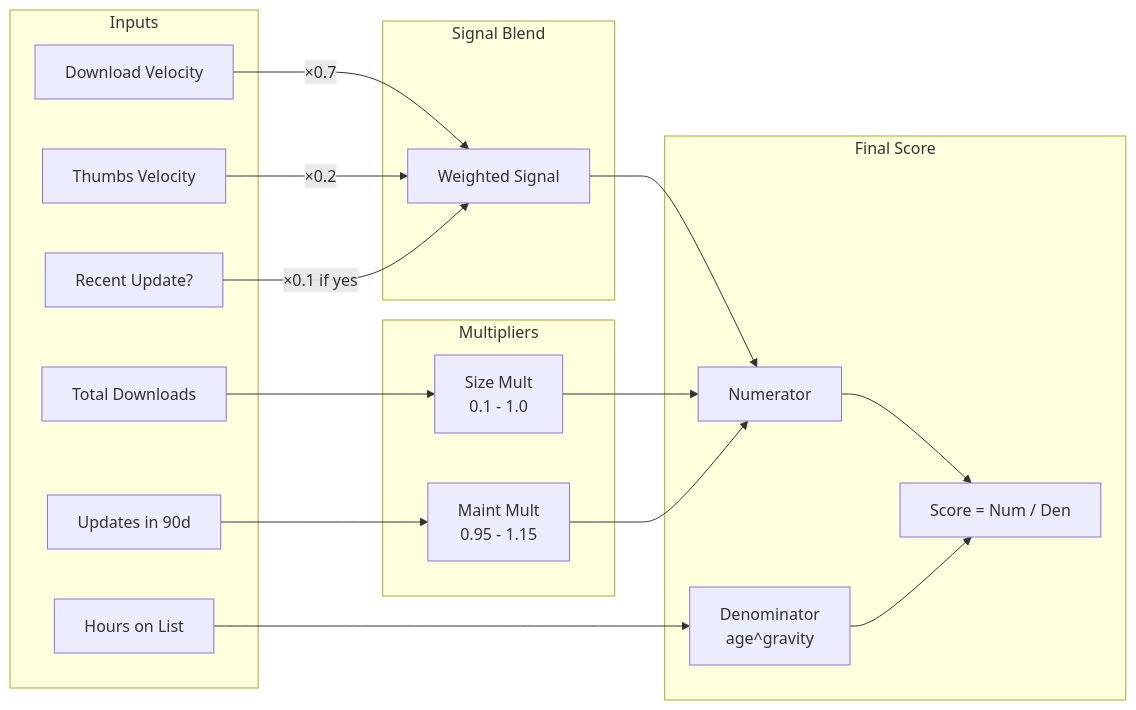
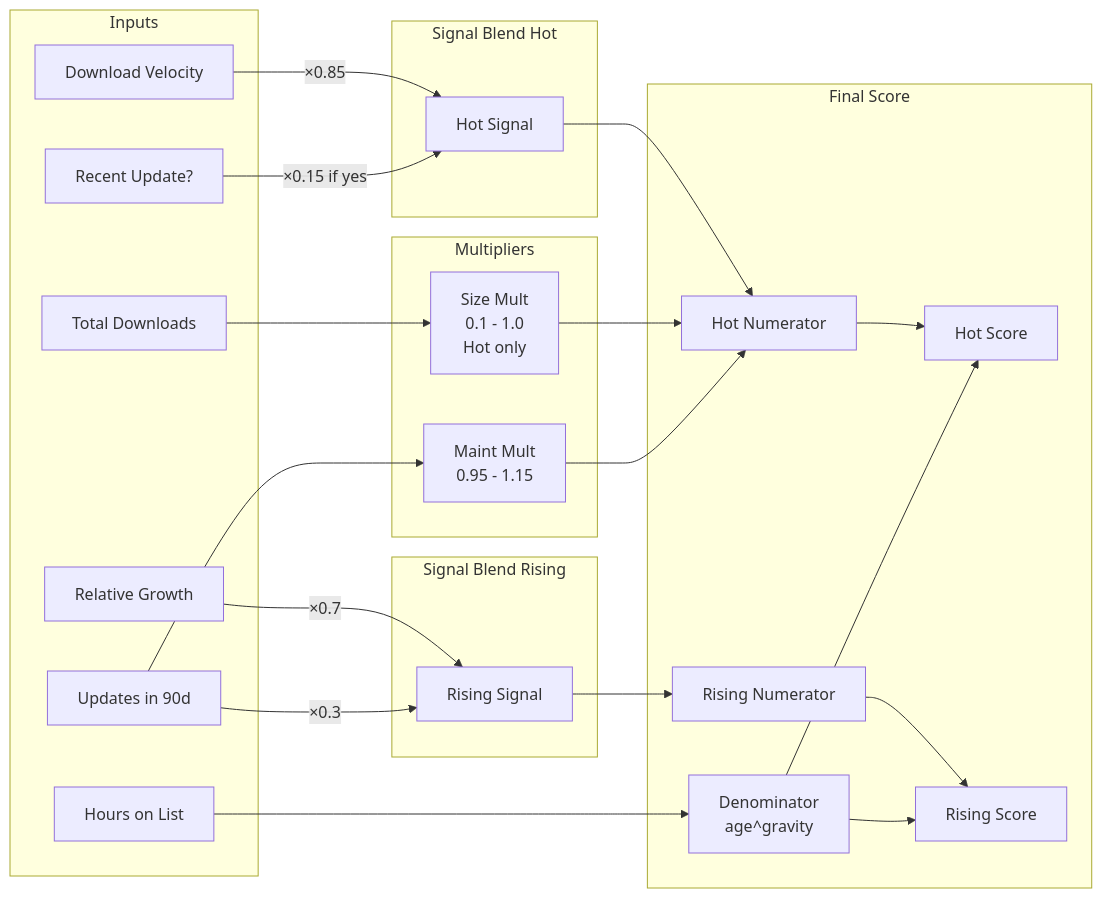
Before and after one commit to Postmodum37/addon-radar: the second of 2 diagrams in docs/ALGORITHM.md, drawn with Mermaid. The commit also changed other lines of this file and 9 other files, not shown here.

````diff
--- a/docs/ALGORITHM.md
+++ b/docs/ALGORITHM.md
@@ -96,31 +113,38 @@
 ```mermaid
 flowchart LR
     subgraph Inputs
         DL[Download Velocity]
-        TH[Thumbs Velocity]
+        RG[Relative Growth]
         UP[Recent Update?]
         SZ[Total Downloads]
         MN[Updates in 90d]
         AG[Hours on List]
     end
 
-    subgraph Signal Blend
-        DL -->|×0.7| BL[Weighted Signal]
-        TH -->|×0.2| BL
-        UP -->|×0.1 if yes| BL
+    subgraph Signal Blend Hot
+        DL -->|×0.85| BLH[Hot Signal]
+        UP -->|×0.15 if yes| BLH
+    end
+
+    subgraph Signal Blend Rising
+        RG -->|×0.7| BLR[Rising Signal]
+        MN -->|×0.3| BLR
     end
 
     subgraph Multipliers
-        SZ --> SM[Size Mult<br/>0.1 - 1.0]
+        SZ --> SM[Size Mult<br/>0.1 - 1.0<br/>Hot only]
         MN --> MM[Maint Mult<br/>0.95 - 1.15]
     end
 
     subgraph Final Score
-        BL --> NUM[Numerator]
-        SM --> NUM
-        MM --> NUM
+        BLH --> NUMH[Hot Numerator]
+        BLR --> NUMR[Rising Numerator]
+        SM --> NUMH
+        MM --> NUMH
         AG --> DEN[Denominator<br/>age^gravity]
-        NUM --> SC[Score = Num / Den]
-        DEN --> SC
+        NUMH --> SCH[Hot Score]
+        NUMR --> SCR[Rising Score]
+        DEN --> SCH
+        DEN --> SCR
     end
 ```
````
